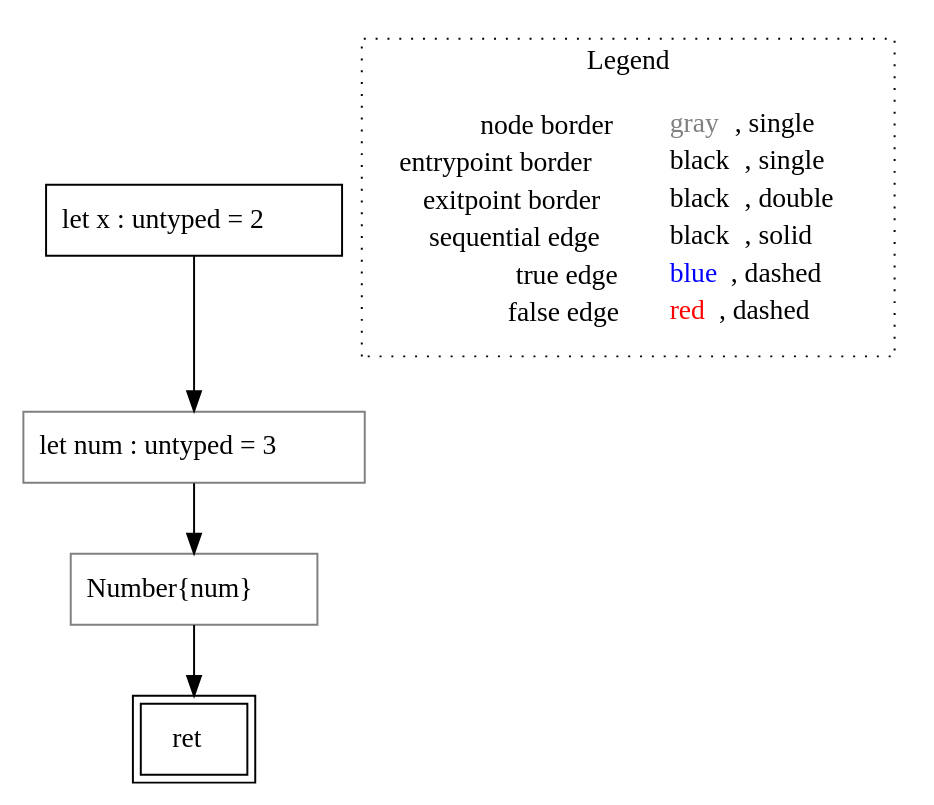
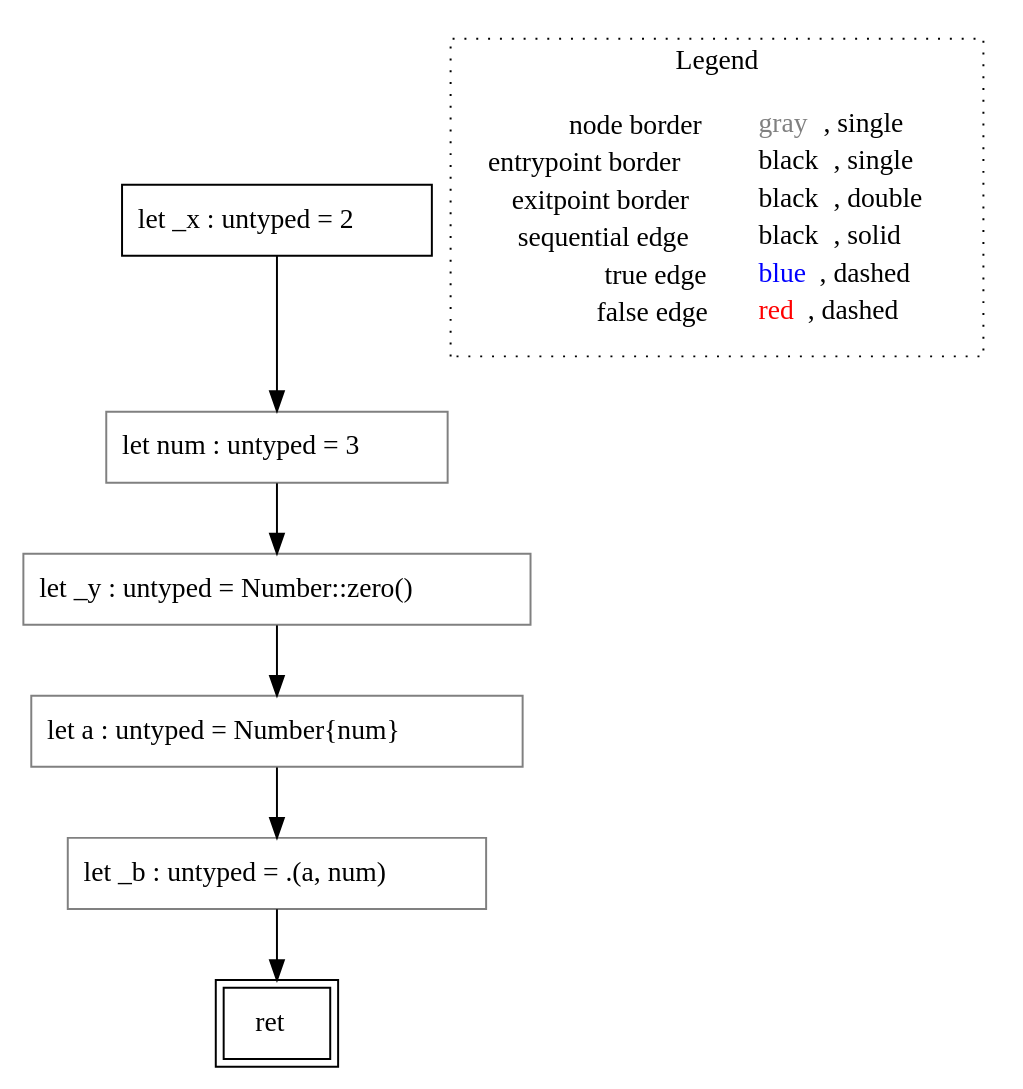
One commit to VincenzoArceri/rust-lisa changed the diagram in rust-lisa/rust-testcases/cfg/struct-parsing/()_rust-testcases_cfg_struct-parsing_struct-parsing.rs.main().dot. Above: the diagram before and after it, drawn with Graphviz. The commit also changed 26 other files, not shown here.

```diff
--- a/rust-lisa/rust-testcases/cfg/struct-parsing/()_rust-testcases_cfg_struct-parsing_struct-parsing.rs.main().dot
+++ b/rust-lisa/rust-testcases/cfg/struct-parsing/()_rust-testcases_cfg_struct-parsing_struct-parsing.rs.main().dot
@@ -1,16 +1,20 @@
 digraph {
-	"node0" [shape="rect",color="black",label=<let x : untyped = 2>];
-	"node1" [shape="rect",color="gray",label=<Number{num}>];
-	"node2" [shape="rect",color="gray",label=<let num : untyped = 3>];
+	"node0" [shape="rect",color="black",label=<let _x : untyped = 2>];
+	"node1" [shape="rect",color="gray",label=<let num : untyped = 3>];
+	"node2" [shape="rect",color="gray",label=<let _b : untyped = .(a, num)>];
 	"node3" [shape="rect",color="black",peripheries="2",label=<ret>];
-	"node1" -> "node3" [color="black"];
-	"node0" -> "node2" [color="black"];
-	"node2" -> "node1" [color="black"];
+	"node4" [shape="rect",color="gray",label=<let a : untyped = Number{num}>];
+	"node5" [shape="rect",color="gray",label=<let _y : untyped = Number::zero()>];
+	"node0" -> "node1" [color="black"];
+	"node1" -> "node5" [color="black"];
+	"node2" -> "node3" [color="black"];
+	"node4" -> "node2" [color="black"];
+	"node5" -> "node4" [color="black"];
 subgraph cluster_legend {
 	label="Legend";
 	style=dotted;
 	node [shape=plaintext];
 	"legend" [label=<<table border="0" cellpadding="2" cellspacing="0" cellborder="0"><tr><td align="right">node border&nbsp;</td><td align="left"><font color="gray">gray</font>, single</td></tr><tr><td align="right">entrypoint border&nbsp;</td><td align="left"><font color="black">black</font>, single</td></tr><tr><td align="right">exitpoint border&nbsp;</td><td align="left"><font color="black">black</font>, double</td></tr><tr><td align="right">sequential edge&nbsp;</td><td align="left"><font color="black">black</font>, solid</td></tr><tr><td align="right">true edge&nbsp;</td><td align="left"><font color="blue">blue</font>, dashed</td></tr><tr><td align="right">false edge&nbsp;</td><td align="left"><font color="red">red</font>, dashed</td></tr></table>>];
 }
 
 }
```
